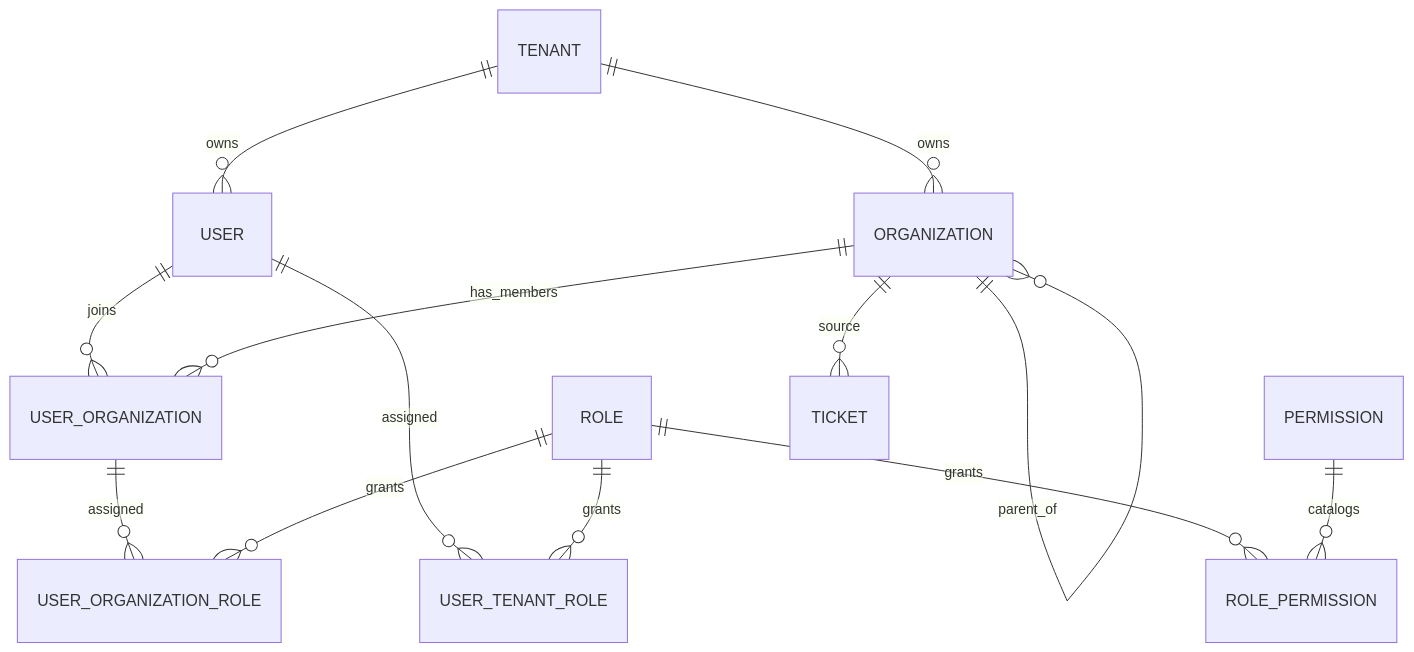
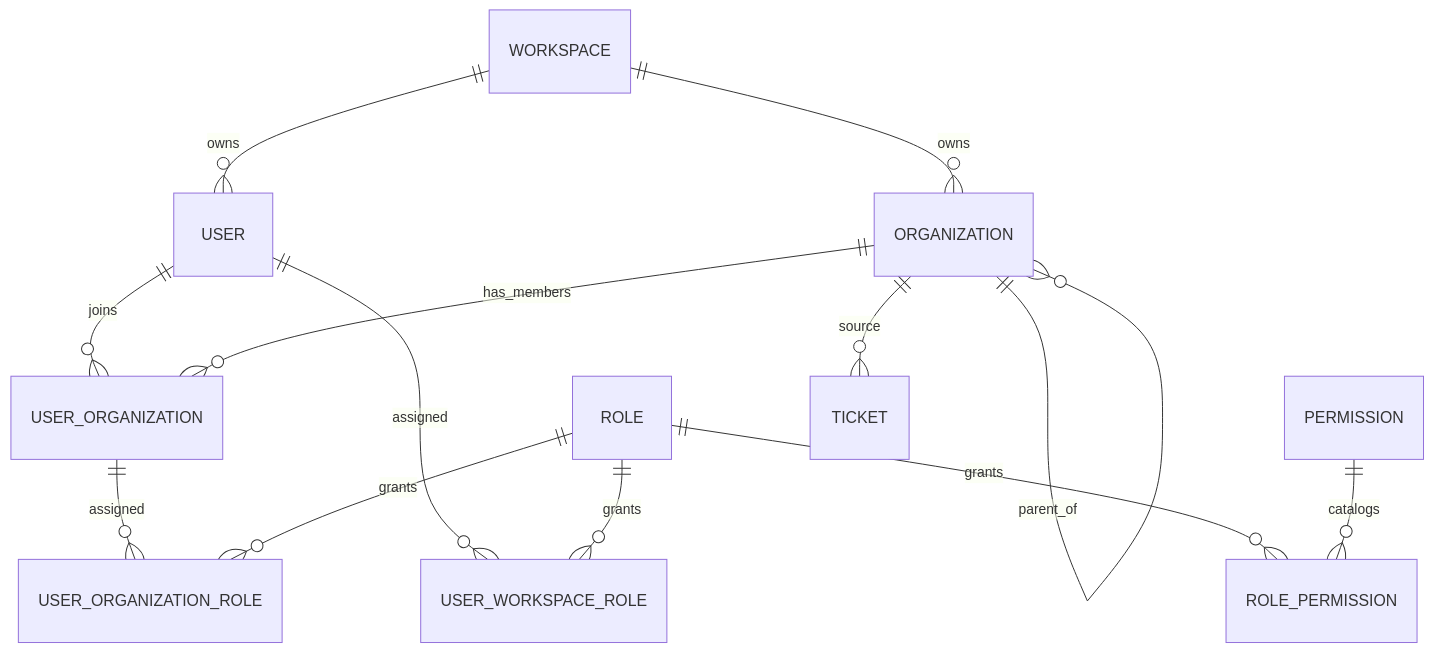
One commit to AyalaKaguya/hermes-swarm changed the second of 2 diagrams in docs/current-module-reference-graph.md. Above: the diagram before and after it, drawn with Mermaid. The commit also changed other lines of this file and 12 other files, not shown here.

Commit message:
Document workspace architecture and API contracts

````diff
--- a/docs/current-module-reference-graph.md
+++ b/docs/current-module-reference-graph.md
@@ -31,15 +31,15 @@
 ```mermaid
 erDiagram
-  TENANT ||--o{ USER : owns
-  TENANT ||--o{ ORGANIZATION : owns
+  WORKSPACE ||--o{ USER : owns
+  WORKSPACE ||--o{ ORGANIZATION : owns
   ORGANIZATION ||--o{ ORGANIZATION : parent_of
   USER ||--o{ USER_ORGANIZATION : joins
   ORGANIZATION ||--o{ USER_ORGANIZATION : has_members
-  USER ||--o{ USER_TENANT_ROLE : assigned
-  ROLE ||--o{ USER_TENANT_ROLE : grants
+  USER ||--o{ USER_WORKSPACE_ROLE : assigned
+  ROLE ||--o{ USER_WORKSPACE_ROLE : grants
   USER_ORGANIZATION ||--o{ USER_ORGANIZATION_ROLE : assigned
   ROLE ||--o{ USER_ORGANIZATION_ROLE : grants
   ROLE ||--o{ ROLE_PERMISSION : grants
   PERMISSION ||--o{ ROLE_PERMISSION : catalogs
   ORGANIZATION ||--o{ TICKET : source
 ```
````
